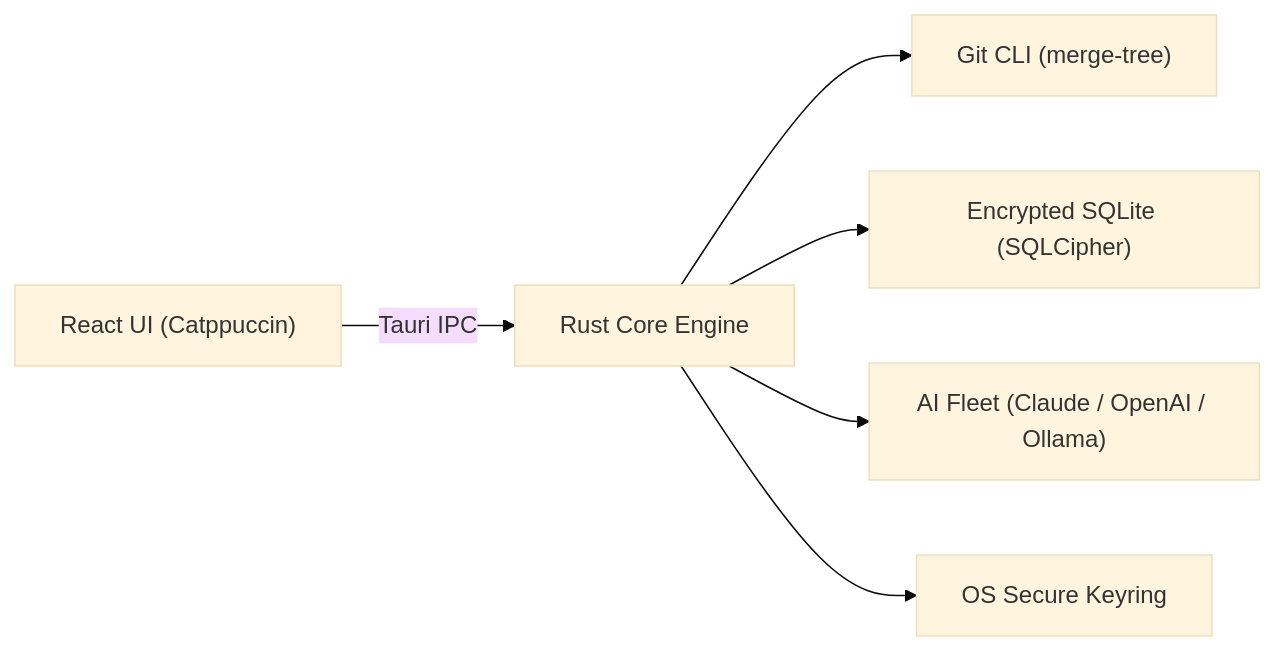
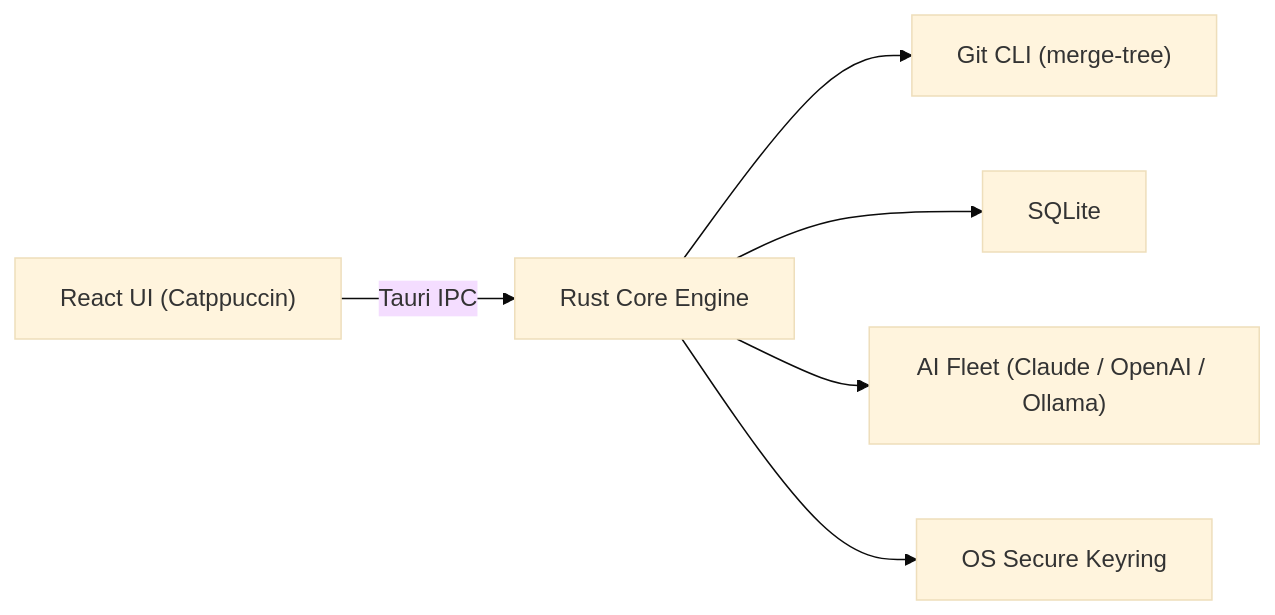
One commit to anhquoctran/stage0 changed the diagram in README.md. Above: the diagram before and after it, drawn with Mermaid (base theme). The commit also changed other lines of this file and 72 other files, not shown here.

````diff
--- a/README.md
+++ b/README.md
@@ -86,8 +86,8 @@
 ```mermaid
 flowchart LR
     UI["React UI (Catppuccin)"] -->|Tauri IPC| Backend["Rust Core Engine"]
     Backend --> Git["Git CLI (merge-tree)"]
-    Backend --> DB["Encrypted SQLite (SQLCipher)"]
+    Backend --> DB["SQLite"]
     Backend --> AI["AI Fleet (Claude / OpenAI / Ollama)"]
     Backend --> Vault["OS Secure Keyring"]
 ```
````
